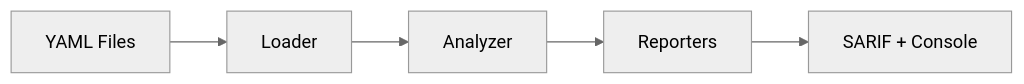
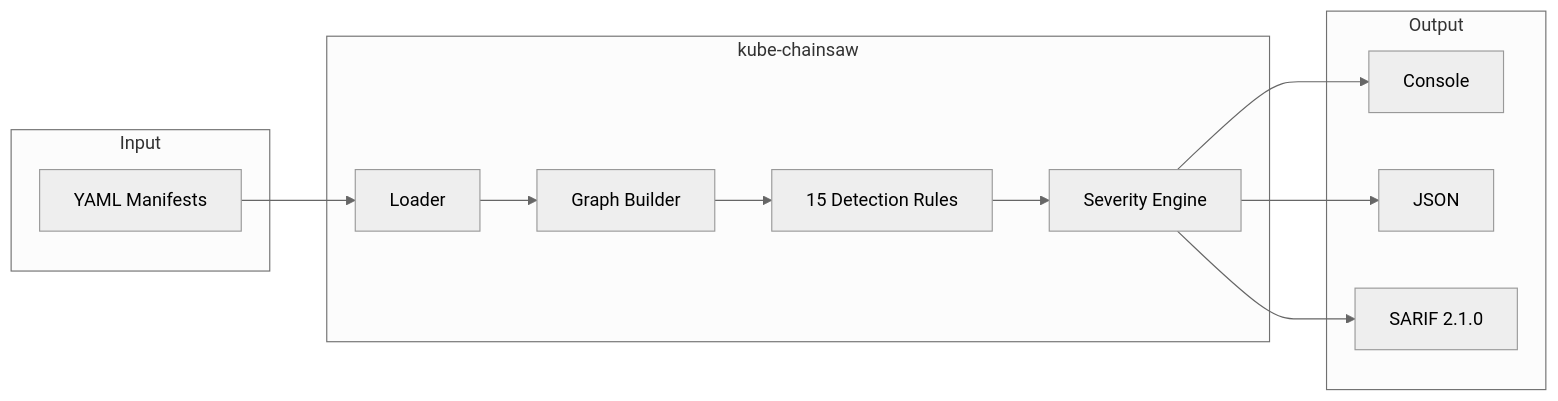
The diagram in site/docs/index.md (ugiordan/kube-chainsaw), drawn with Mermaid (neutral theme) before and after one commit. The commit also changed other lines of this file and 1 other file, not shown here.

````diff
--- a/site/docs/index.md
+++ b/site/docs/index.md
@@ -14,7 +14,23 @@
 ```mermaid
 graph LR
-    A[YAML Files] --> B[Loader]
-    B --> C[Analyzer]
-    C --> D[Reporters]
-    D --> E[SARIF + Console]
+    subgraph Input
+        A[YAML Manifests]
+    end
+
+    subgraph "kube-chainsaw"
+        B[Loader] --> C[Graph Builder]
+        C --> D[15 Detection Rules]
+        D --> E[Severity Engine]
+    end
+
+    subgraph Output
+        F[Console]
+        G[JSON]
+        H[SARIF 2.1.0]
+    end
+
+    A --> B
+    E --> F
+    E --> G
+    E --> H
 ```
````
